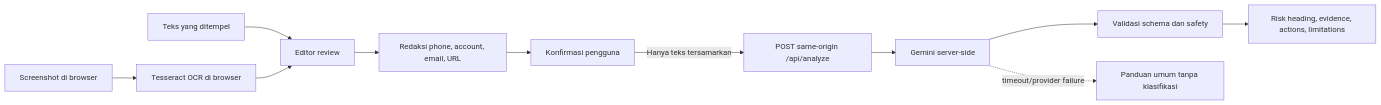
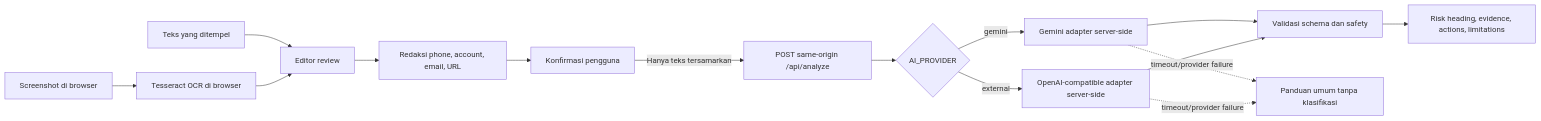
The diagram in README.md (agvswira/cekdulu), drawn with Mermaid before and after one commit. The commit also changed other lines of this file, not shown here.

````diff
--- a/README.md
+++ b/README.md
@@ -11,13 +11,17 @@
 ```mermaid
 flowchart LR
   A[Screenshot di browser] --> B[Tesseract OCR di browser]
   C[Teks yang ditempel] --> D[Editor review]
   B --> D
   D --> E[Redaksi phone, account, email, URL]
   E --> F[Konfirmasi pengguna]
   F -->|Hanya teks tersamarkan| G[POST same-origin /api/analyze]
-  G --> H[Gemini server-side]
-  H --> I[Validasi schema dan safety]
-  I --> J[Risk heading, evidence, actions, limitations]
-  H -. timeout/provider failure .-> K[Panduan umum tanpa klasifikasi]
+  G --> H{AI_PROVIDER}
+  H -->|gemini| M[Gemini adapter server-side]
+  H -->|external| X[OpenAI-compatible adapter server-side]
+  M --> V[Validasi schema dan safety]
+  X --> V
+  V --> R[Risk heading, evidence, actions, limitations]
+  M -. timeout/provider failure .-> U[Panduan umum tanpa klasifikasi]
+  X -. timeout/provider failure .-> U
 ```
````
